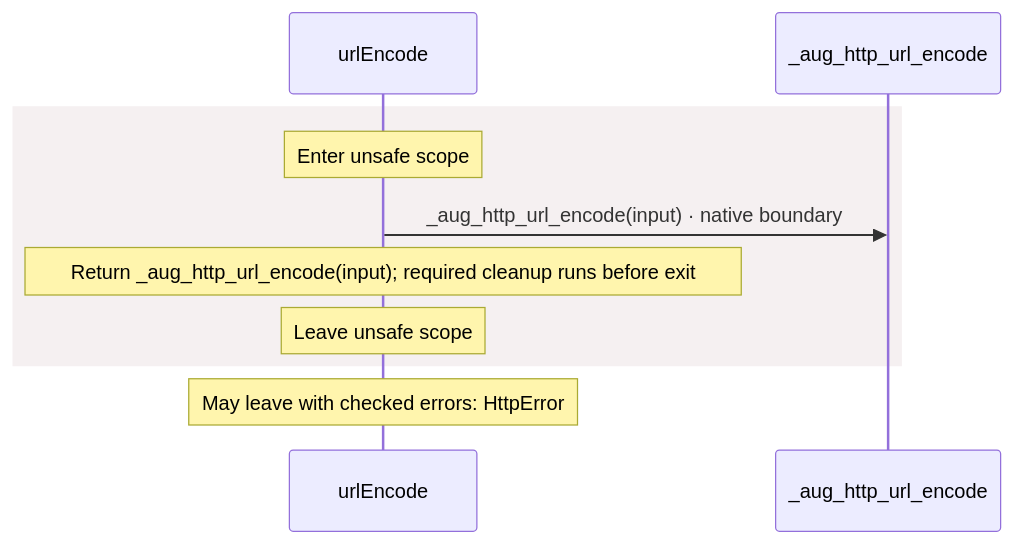
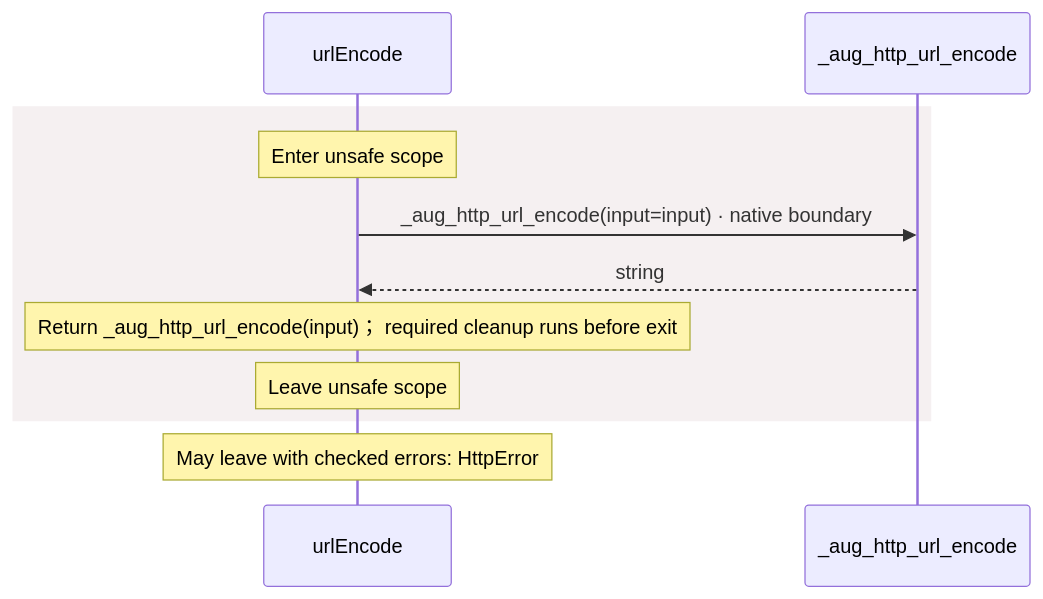
Before and after one commit to GreenPandaStudios/augscript: the sixth of 7 diagrams in docs/examples/oidc-login/dependencies/packages/@git/url_897efafd565158fc4908/0.0.0-git.a39fc582565d4fca40be4f75fa304d71adc69301/contracts-diagrams.md, drawn with Mermaid. The commit also changed other lines of this file and 524 other files, not shown here.

Commit message:
Explain checked data flow at folder and service levels

````diff
--- a/docs/examples/oidc-login/dependencies/packages/@git/url_897efafd565158fc4908/0.0.0-git.a39fc582565d4fca40be4f75fa304d71adc69301/contracts-diagrams.md
+++ b/docs/examples/oidc-login/dependencies/packages/@git/url_897efafd565158fc4908/0.0.0-git.a39fc582565d4fca40be4f75fa304d71adc69301/contracts-diagrams.md
@@ -262,12 +205,13 @@
 ```mermaid
 sequenceDiagram
     participant p0 as urlEncode
     participant p1 as _aug_http_url_encode
     rect rgb(245, 240, 241)
     Note over p0: Enter unsafe scope
-    p0->>p1: _aug_http_url_encode(input) · native boundary
-    Note over p0: Return _aug_http_url_encode(input)#59; required cleanup runs before exit
+    p0->>p1: _aug_http_url_encode(input=input) · native boundary
+    p1-->>p0: string
+    Note over p0: Return _aug_http_url_encode(input)； required cleanup runs before exit
     Note over p0: Leave unsafe scope
     end
     Note over p0: May leave with checked errors: HttpError
 ```
````
